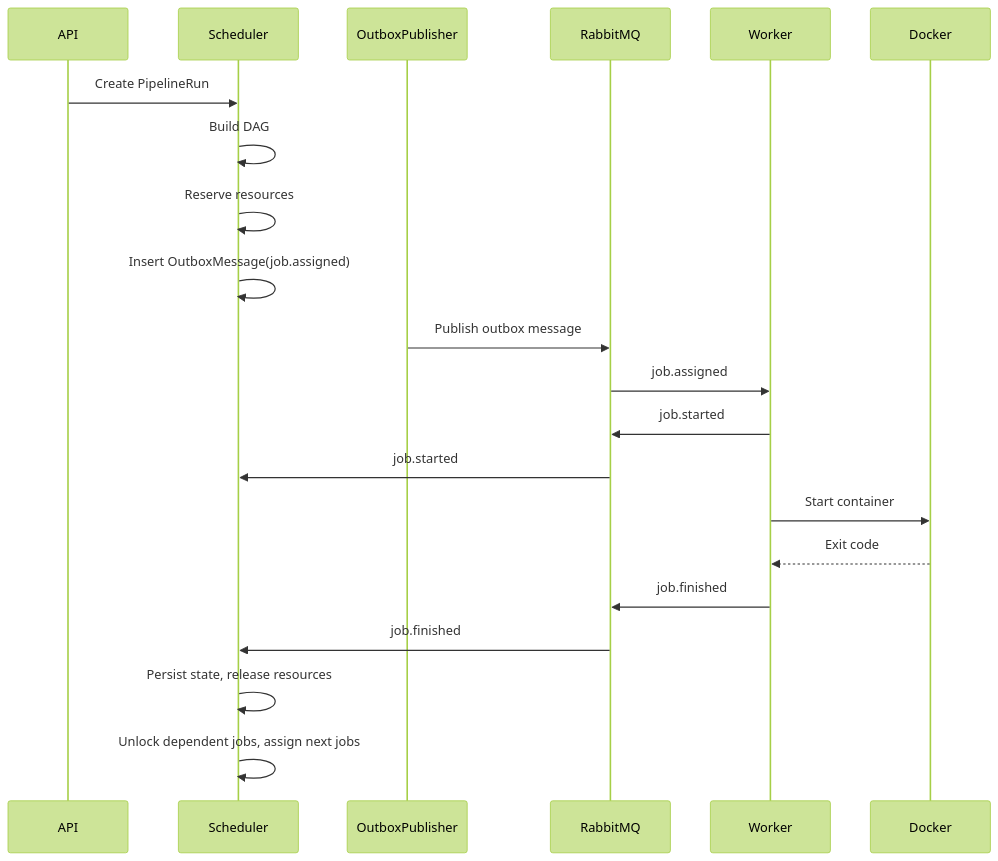
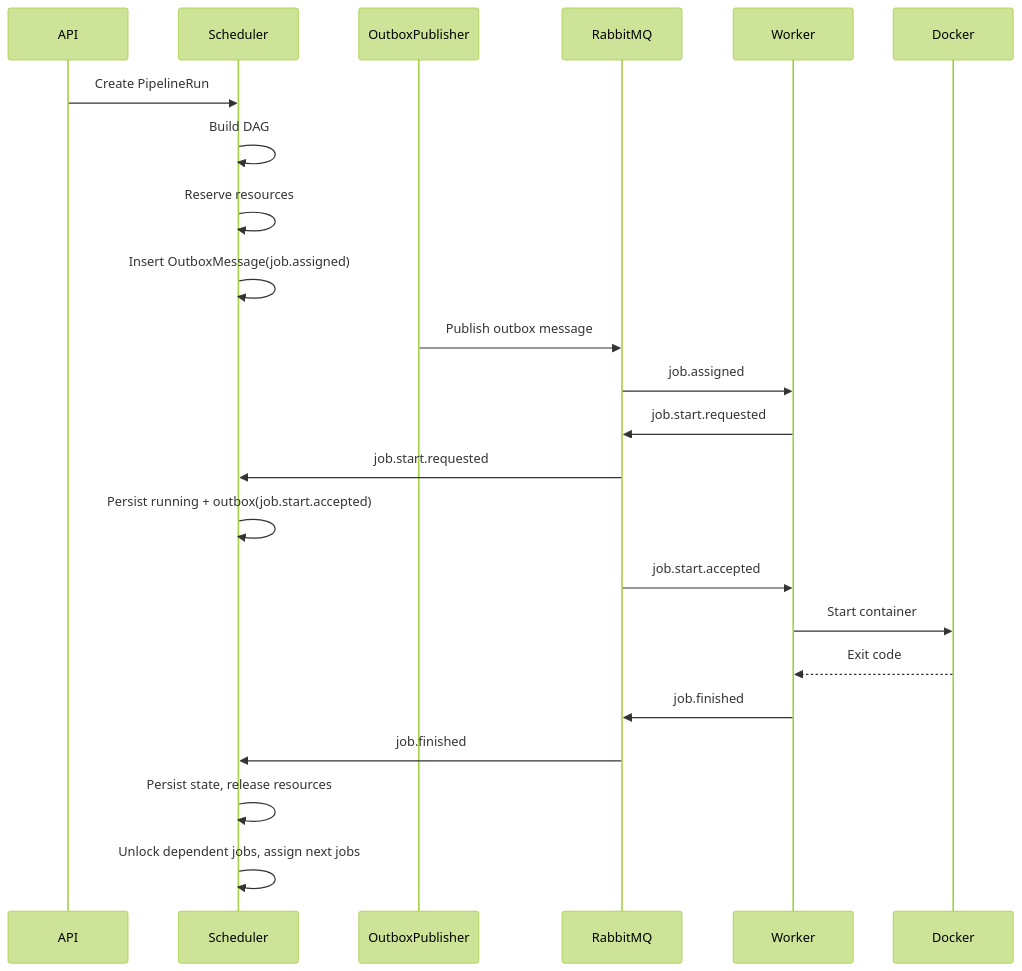
The fifth of 5 diagrams in docs/architecture/components/01-runtime-lifecycle.md (Rustkins-Project/RustkinsDocs), drawn with Mermaid (forest theme) before and after one commit. The commit also changed other lines of this file and 8 other files, not shown here.

````diff
--- a/docs/architecture/components/01-runtime-lifecycle.md
+++ b/docs/architecture/components/01-runtime-lifecycle.md
@@ -479,24 +531,26 @@
 ``` mermaid
 sequenceDiagram
 participant API
 participant Scheduler
 participant OutboxPublisher
 participant RabbitMQ
 participant Worker
 participant Docker
 
 API->>Scheduler: Create PipelineRun
 Scheduler->>Scheduler: Build DAG
 Scheduler->>Scheduler: Reserve resources
 Scheduler->>Scheduler: Insert OutboxMessage(job.assigned)
 OutboxPublisher->>RabbitMQ: Publish outbox message
 RabbitMQ->>Worker: job.assigned
-Worker->>RabbitMQ: job.started
-RabbitMQ->>Scheduler: job.started
+Worker->>RabbitMQ: job.start.requested
+RabbitMQ->>Scheduler: job.start.requested
+Scheduler->>Scheduler: Persist running + outbox(job.start.accepted)
+RabbitMQ->>Worker: job.start.accepted
 Worker->>Docker: Start container
 Docker-->>Worker: Exit code
 Worker->>RabbitMQ: job.finished
 RabbitMQ->>Scheduler: job.finished
 Scheduler->>Scheduler: Persist state, release resources
 Scheduler->>Scheduler: Unlock dependent jobs, assign next jobs
 ```
````
